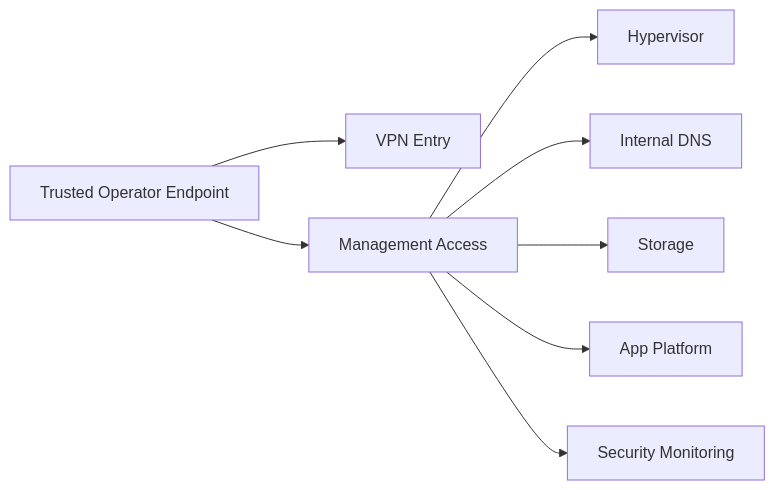
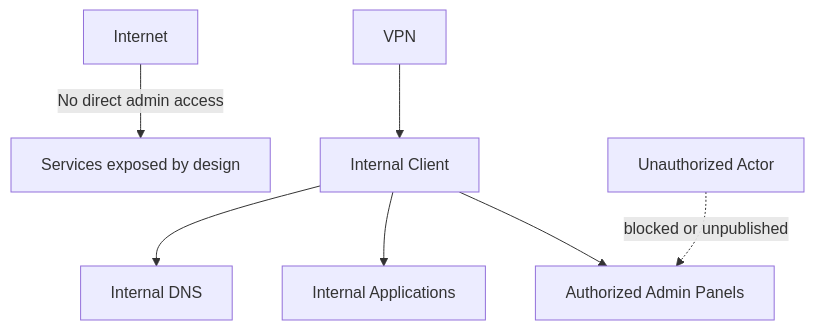
The diagram in docs/en/03-security-and-access.md (Nicolasperaltait/homelab), drawn with Mermaid before and after one commit. The commit also changed other lines of this file and 24 other files, not shown here.

Commit message:
docs: publish sanitized homelab architecture record

````diff
--- a/docs/en/03-security-and-access.md
+++ b/docs/en/03-security-and-access.md
@@ -43,11 +110,9 @@
 ```mermaid
-flowchart LR
-    O[Trusted Operator Endpoint] --> VPN[VPN Entry]
-    O --> MGMT[Management Access]
-
-    MGMT --> HV[Hypervisor]
-    MGMT --> DNS[Internal DNS]
-    MGMT --> NAS[Storage]
-    MGMT --> APPS[App Platform]
-    MGMT --> SEC[Security Monitoring]
+flowchart TD
+    A[Internet] -->|No direct admin access| B[Services exposed by design]
+    C[Internal Client] --> D[Internal DNS]
+    C --> E[Internal Applications]
+    C --> F[Authorized Admin Panels]
+    G[VPN] --> C
+    H[Unauthorized Actor] -.->|blocked or unpublished| F
 ```
````
